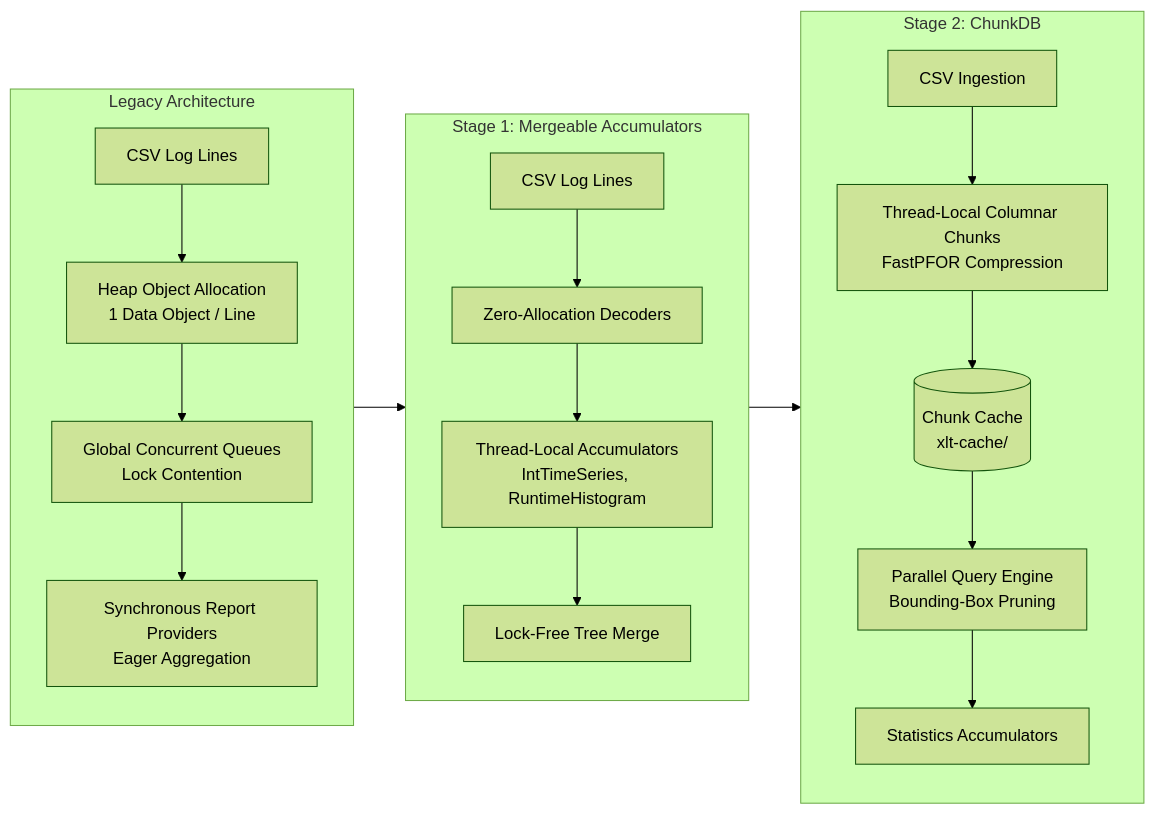
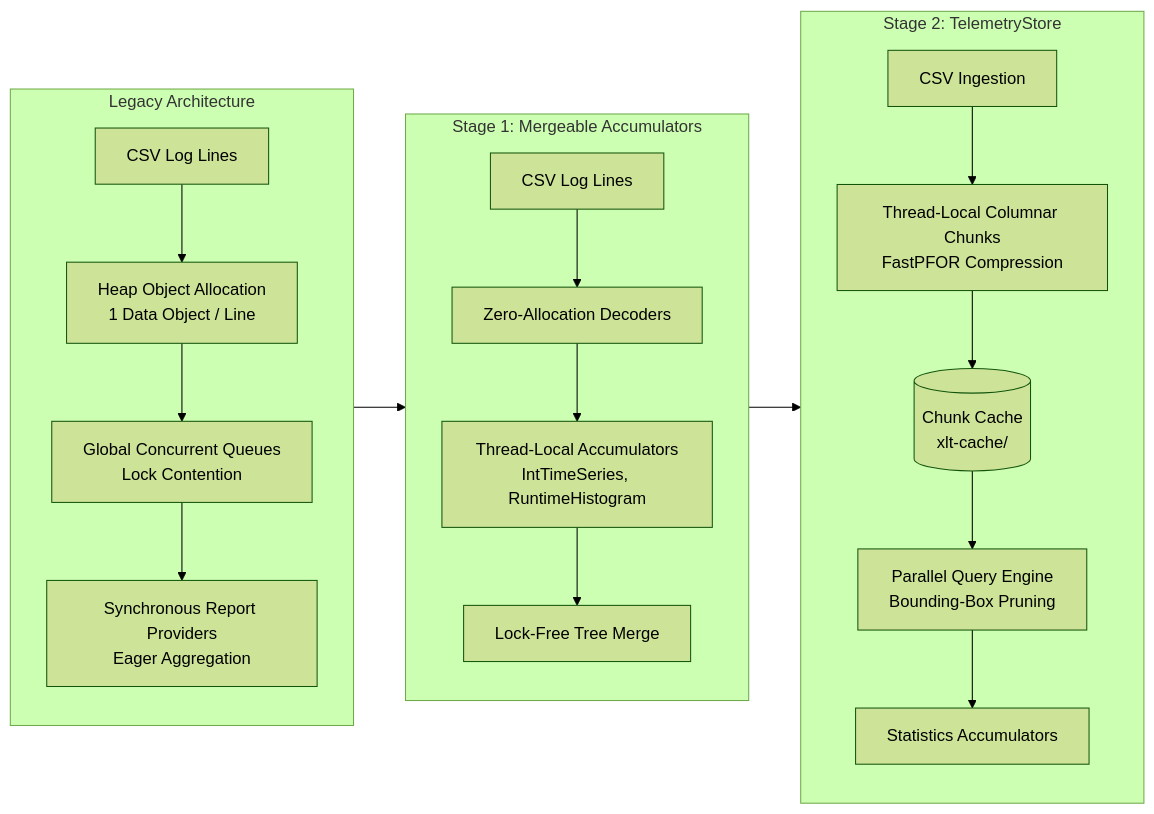
The first of 4 diagrams in doc/feature-doc/XLT-PSEUDO-DB-MODE.md (Xceptance/XLT), drawn with Mermaid (forest theme) before and after one commit. The commit also changed other lines of this file and 45 other files, not shown here.

Commit message:
refactor(report): rename ChunkDB and ChunkDB Explorer to TelemetryStore and Telemetry Explorer

````diff
--- a/doc/feature-doc/XLT-PSEUDO-DB-MODE.md
+++ b/doc/feature-doc/XLT-PSEUDO-DB-MODE.md
@@ -16,26 +16,26 @@
 ```mermaid
 flowchart LR
     subgraph Legacy ["Legacy Architecture"]
         direction TB
         L1[CSV Log Lines] --> L2[Heap Object Allocation<br/>1 Data Object / Line]
         L2 --> L3[Global Concurrent Queues<br/>Lock Contention]
         L3 --> L4[Synchronous Report Providers<br/>Eager Aggregation]
     end
 
     subgraph Stage1 ["Stage 1: Mergeable Accumulators"]
         direction TB
         S1[CSV Log Lines] --> S2[Zero-Allocation Decoders]
         S2 --> S3[Thread-Local Accumulators<br/>IntTimeSeries, RuntimeHistogram]
         S3 --> S4[Lock-Free Tree Merge]
     end
 
-    subgraph Stage2 ["Stage 2: ChunkDB"]
+    subgraph Stage2 ["Stage 2: TelemetryStore"]
         direction TB
         C1[CSV Ingestion] --> C2[Thread-Local Columnar Chunks<br/>FastPFOR Compression]
         C2 --> C3[(Chunk Cache<br/>xlt-cache/)]
         C3 --> C4[Parallel Query Engine<br/>Bounding-Box Pruning]
         C4 --> C5[Statistics Accumulators]
     end
 
     Legacy --> Stage1 --> Stage2
 ```
````
